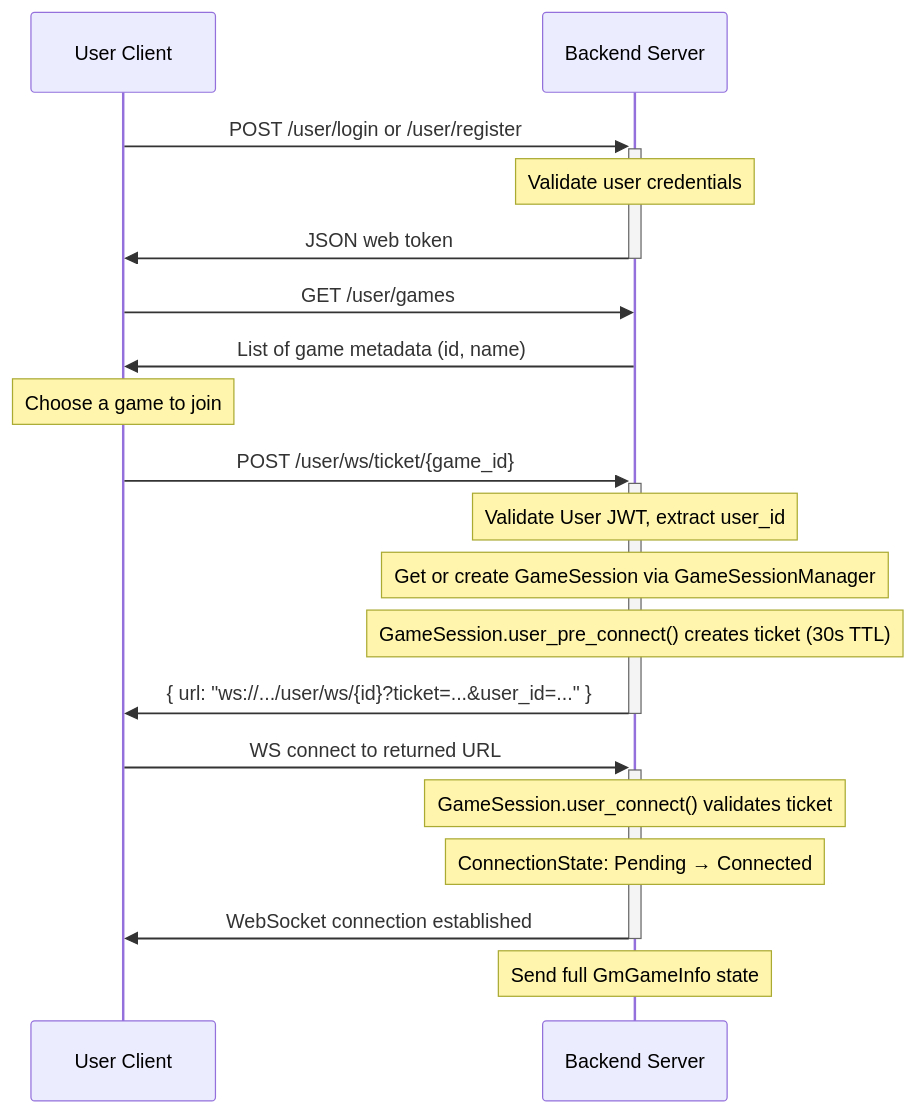
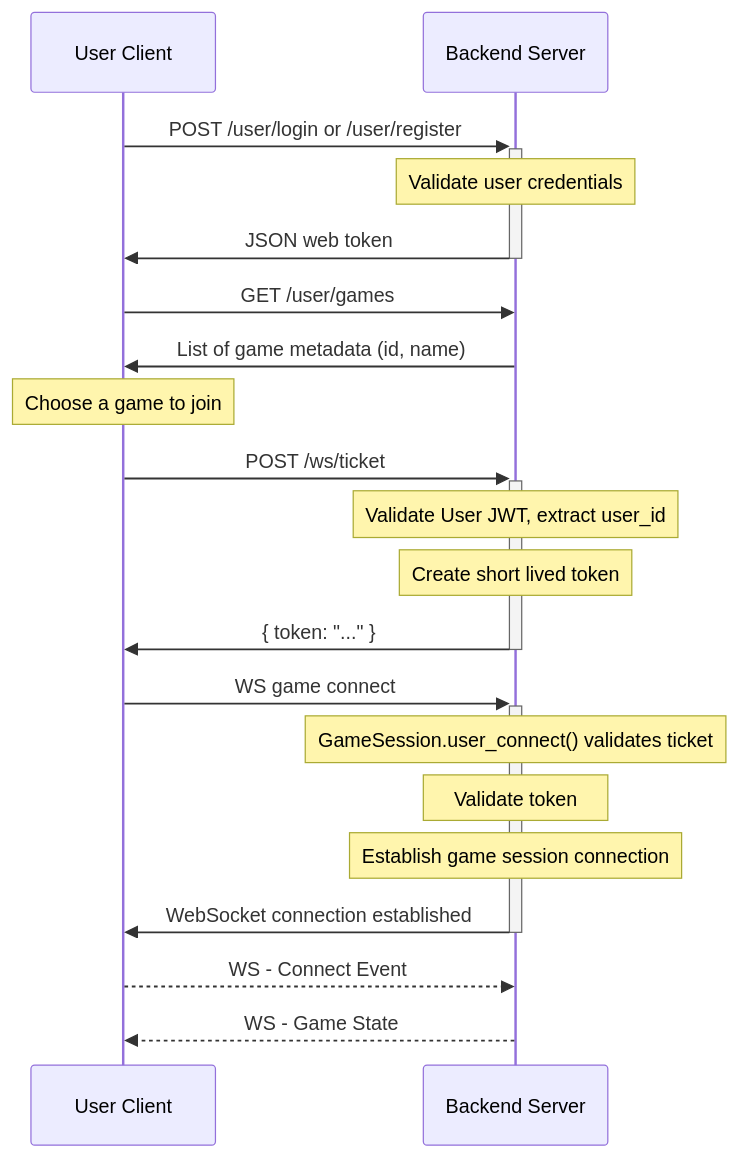
One commit to jakob-rzeppa/turnkeeper changed the second of 2 diagrams in docs/ARCHITECTURE.md. Above: the diagram before and after it, drawn with Mermaid. The commit also changed other lines of this file and 1 other file, not shown here.

Commit message:
update session docs

````diff
--- a/docs/ARCHITECTURE.md
+++ b/docs/ARCHITECTURE.md
@@ -71,25 +42,27 @@
 ```mermaid
 sequenceDiagram
     participant User as User Client
     participant Backend as Backend Server
 
     User->>+Backend: POST /user/login or /user/register
     note over Backend: Validate user credentials
     Backend->>-User: JSON web token
 
     User->>Backend: GET /user/games
     Backend->>User: List of game metadata (id, name)
     note over User: Choose a game to join
 
-    User->>+Backend: POST /user/ws/ticket/{game_id}
+    User->>+Backend: POST /ws/ticket
     note over Backend: Validate User JWT, extract user_id
-    note over Backend: Get or create GameSession via GameSessionManager
-    note over Backend: GameSession.user_pre_connect() creates ticket (30s TTL)
-    Backend->>-User: { url: "ws://.../user/ws/{id}?ticket=...&user_id=..." }
+    note over Backend: Create short lived token
+    Backend->>-User: { token: "..." }
 
-    User->>+Backend: WS connect to returned URL
+    User->>+Backend: WS game connect
     note over Backend: GameSession.user_connect() validates ticket
-    note over Backend: ConnectionState: Pending → Connected
+    note over Backend: Validate token
+    note over Backend: Establish game session connection
     Backend->>-User: WebSocket connection established
-    note over Backend: Send full GmGameInfo state
+
+    User -->> Backend: WS - Connect Event
+    Backend -->> User: WS - Game State
 ```
````
